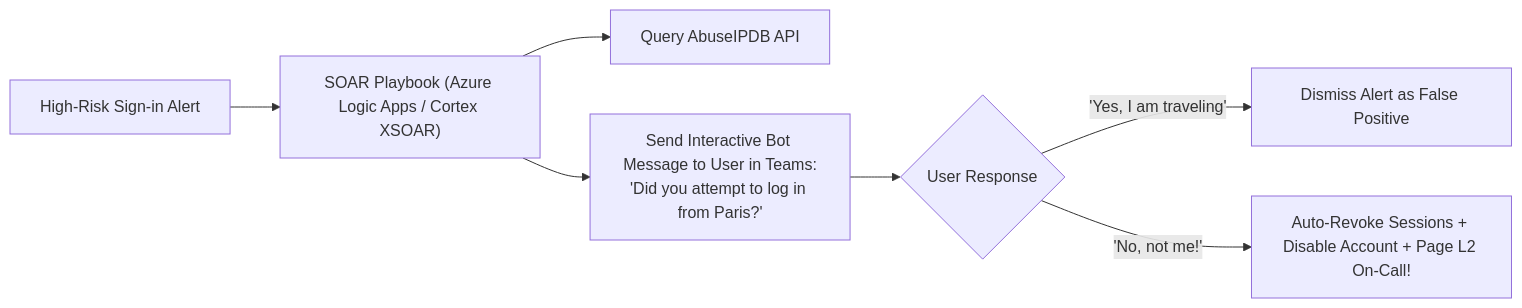
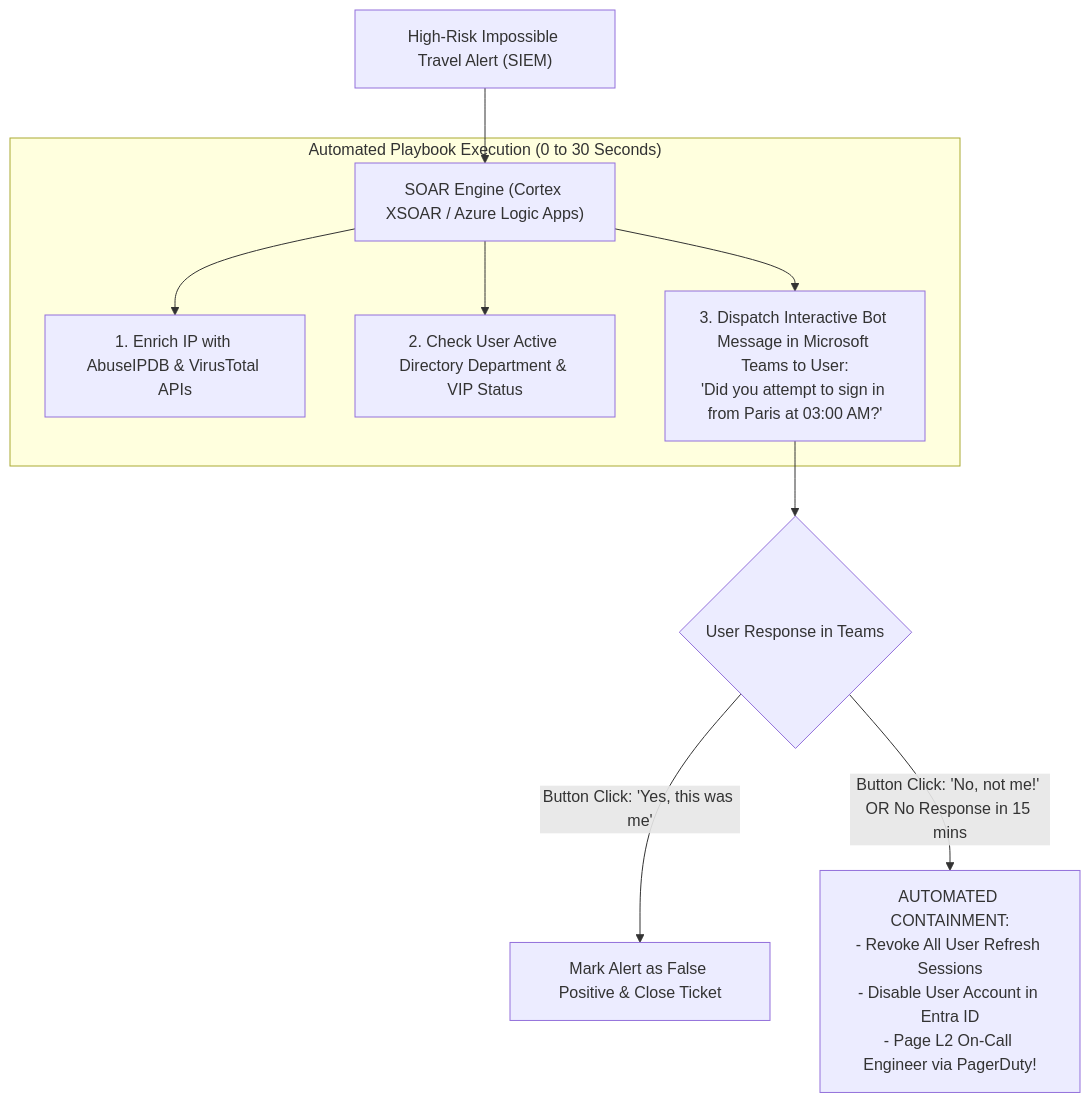
One commit to varunks04/CBS-Roleplay changed the diagram in SOC/08_Advanced_Topics/03_SOAR_Automation_Playbooks_and_Orchestration.md. Above: the diagram before and after it, drawn with Mermaid. The commit also changed other lines of this file and 38 other files, not shown here.

````diff
--- a/SOC/08_Advanced_Topics/03_SOAR_Automation_Playbooks_and_Orchestration.md
+++ b/SOC/08_Advanced_Topics/03_SOAR_Automation_Playbooks_and_Orchestration.md
@@ -12,9 +11,14 @@
 ```mermaid
-flowchart LR
-    Alert["High-Risk Sign-in Alert"] --> SOAR["SOAR Playbook (Azure Logic Apps / Cortex XSOAR)"]
-    SOAR --> Q1["Query AbuseIPDB API"]
-    SOAR --> Q2["Send Interactive Bot Message to User in Teams:<br>'Did you attempt to log in from Paris?'"]
-    Q2 --> UserReply{"User Response"}
-    UserReply -->|'Yes, I am traveling'| Close["Dismiss Alert as False Positive"]
-    UserReply -->|'No, not me!'| Remediate["Auto-Revoke Sessions + Disable Account + Page L2 On-Call!"]
+flowchart TD
+    Alert["High-Risk Impossible Travel Alert (SIEM)"] --> SOAR["SOAR Engine (Cortex XSOAR / Azure Logic Apps)"]
+    
+    subgraph "Automated Playbook Execution (0 to 30 Seconds)"
+        SOAR --> Step1["1. Enrich IP with AbuseIPDB & VirusTotal APIs"]
+        SOAR --> Step2["2. Check User Active Directory Department & VIP Status"]
+        SOAR --> Step3["3. Dispatch Interactive Bot Message in Microsoft Teams to User:<br>'Did you attempt to sign in from Paris at 03:00 AM?'"]
+    end
+
+    Step3 --> UserReply{"User Response in Teams"}
+    UserReply -->|"Button Click: 'Yes, this was me'"| FP["Mark Alert as False Positive & Close Ticket"]
+    UserReply -->|"Button Click: 'No, not me!' OR No Response in 15 mins"| Contain["AUTOMATED CONTAINMENT:<br>- Revoke All User Refresh Sessions<br>- Disable User Account in Entra ID<br>- Page L2 On-Call Engineer via PagerDuty!"]
 ```
````
